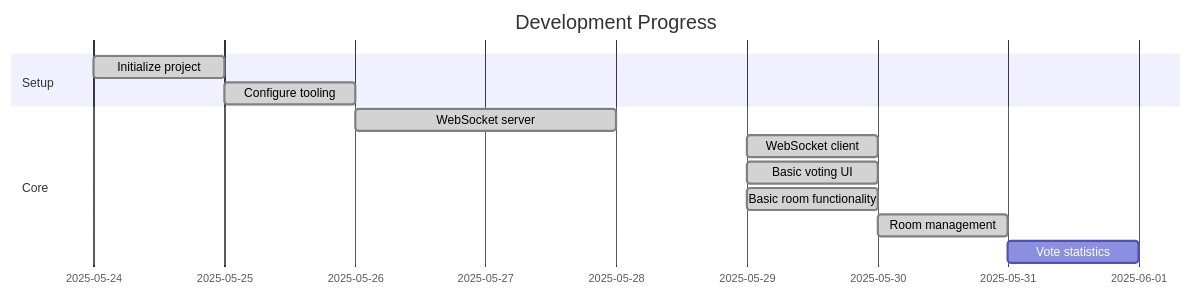
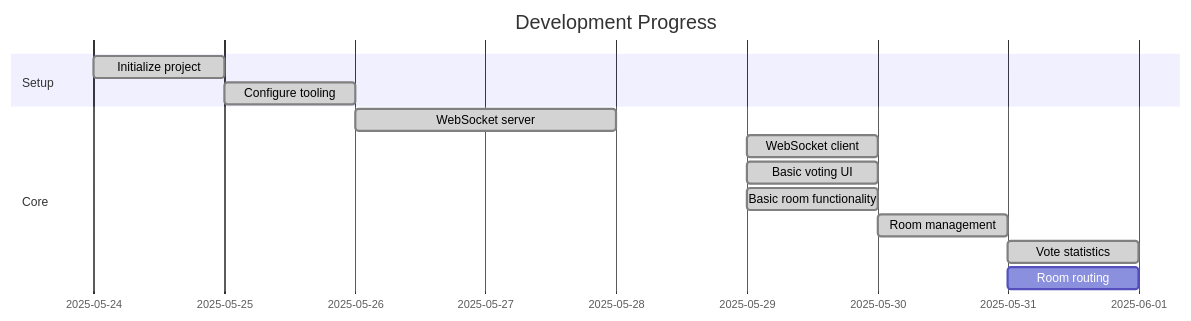
The diagram in memory-bank/activeContext.md (conrisc/scrum-poker), drawn with Mermaid before and after one commit. The commit also changed other lines of this file and 2 other files, not shown here.

Commit message:
Implement voting statistics

````diff
--- a/memory-bank/activeContext.md
+++ b/memory-bank/activeContext.md
@@ -25,16 +24,17 @@
 ```mermaid
 gantt
     title Development Progress
     dateFormat  YYYY-MM-DD
     section Setup
     Initialize project       :done, 2025-05-24, 1d
     Configure tooling       :done, 2025-05-25, 1d
     
     section Core
     WebSocket server        :done, 2025-05-26, 2d
     WebSocket client        :done, 2025-05-29, 1d
     Basic voting UI         :done, 2025-05-29, 1d
     Basic room functionality :done, 2025-05-29, 1d
     Room management         :done, 2025-05-30, 1d
-    Vote statistics         :2025-05-31, 1d
+    Vote statistics         :done, 2025-05-31, 1d
+    Room routing            :2025-05-31, 1d
 ```
````
